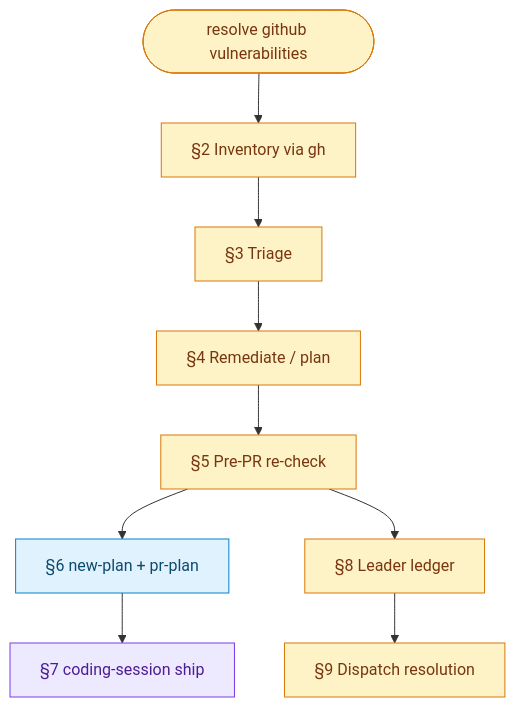
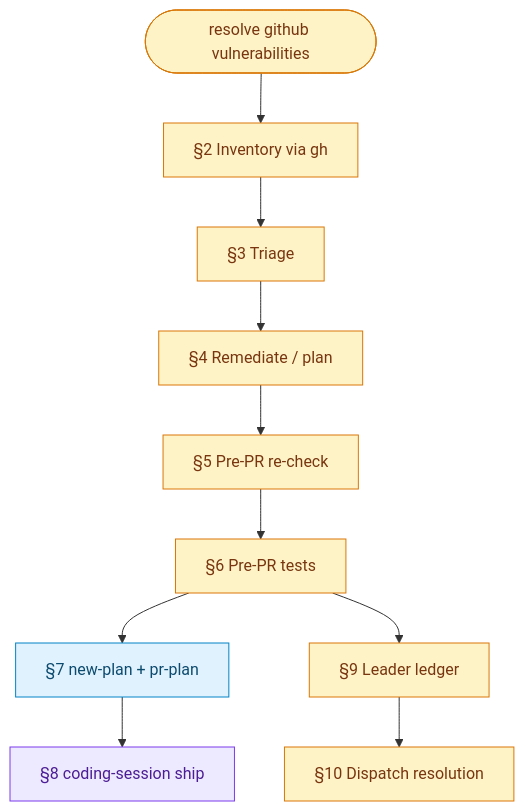
One commit to safebeat-sedea/software-development changed the diagram in missions/resolving-github-vulnerabilities/plan.mdc. Above: the diagram before and after it, drawn with Mermaid. The commit also changed other lines of this file, not shown here.

First line of the commit message:
Require product-repo tests before opening vulnerability PRs.

````diff
--- a/missions/resolving-github-vulnerabilities/plan.mdc
+++ b/missions/resolving-github-vulnerabilities/plan.mdc
@@ -49,16 +50,17 @@
 ```mermaid
 flowchart TB
   classDef leader fill:#fef3c7,stroke:#d97706,color:#78350f
   classDef child fill:#e0f2fe,stroke:#0284c7,color:#0c4a6e
   classDef detached fill:#ede9fe,stroke:#7c3aed,color:#4c1d95
 
   CMD(["resolve github vulnerabilities"]):::leader
   CMD --> INV["§2 Inventory via gh"]:::leader
   INV --> TRI["§3 Triage"]:::leader
   TRI --> REM["§4 Remediate / plan"]:::leader
   REM --> RECHECK["§5 Pre-PR re-check"]:::leader
-  RECHECK --> PLAN["§6 new-plan + pr-plan"]:::child
-  PLAN --> CS["§7 coding-session ship"]:::detached
-  RECHECK --> LED["§8 Leader ledger"]:::leader
-  LED --> RES["§9 Dispatch resolution"]:::leader
+  RECHECK --> TESTS["§6 Pre-PR tests"]:::leader
+  TESTS --> PLAN["§7 new-plan + pr-plan"]:::child
+  PLAN --> CS["§8 coding-session ship"]:::detached
+  TESTS --> LED["§9 Leader ledger"]:::leader
+  LED --> RES["§10 Dispatch resolution"]:::leader
 ```
````
